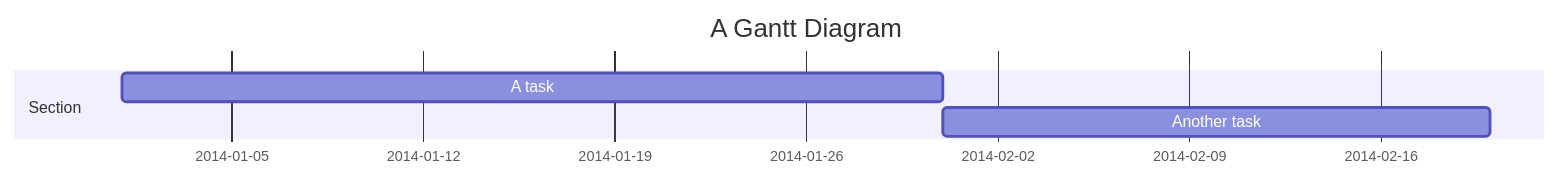
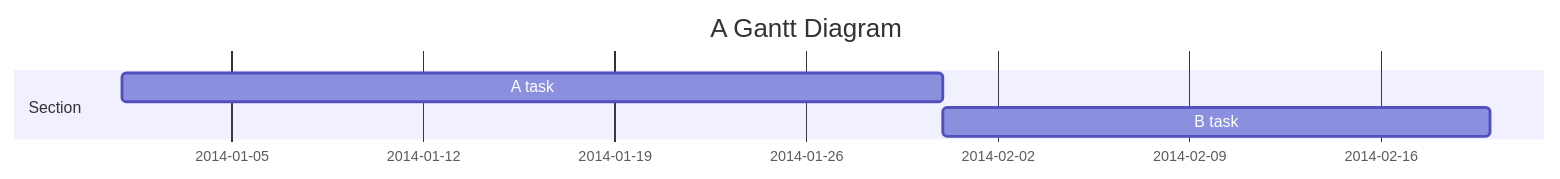
Before and after one commit to sayshelley/iodraw-files: the diagram in all/Code Gantt Chart.md, drawn with Mermaid.

Commit message:
2024-10-04 15:40:28 update

````diff
--- a/all/Code Gantt Chart.md
+++ b/all/Code Gantt Chart.md
@@ -1,9 +1,10 @@
 ```mermaid
 gantt
     title A Gantt Diagram
     dateFormat  YYYY-MM-DD
     section Section
     A task           :a1, 2014-01-01, 30d
-    Another task     :after a1  , 20d
+    B task     :after a1  , 20d
+    
    
 ```
````
